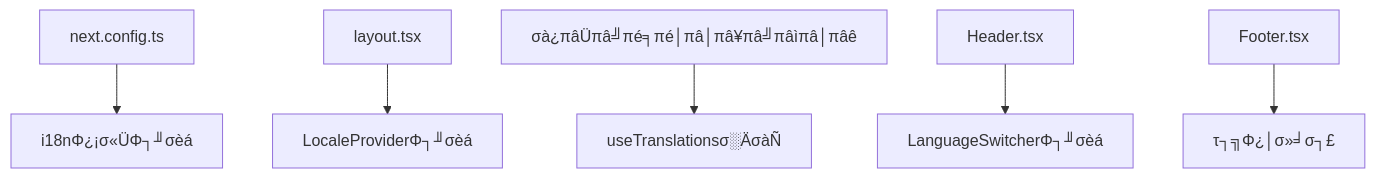
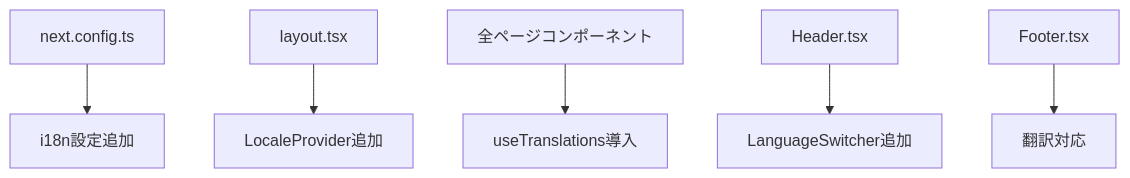
One commit to hidetoshihonda/airecorder changed the diagram in web/docs/多言語対応実装計画書.md. Above: the diagram before and after it, drawn with Mermaid. The commit also changed other lines of this file and 4 other files, not shown here.

````diff
--- a/web/docs/多言語対応実装計画書.md
+++ b/web/docs/多言語対応実装計画書.md
@@ -152,8 +152,8 @@
 ```mermaid
 graph TD
-    A[next.config.ts] --> B[i18nΦ¿¡σ«ÜΦ┐╜σèá]
-    C[layout.tsx] --> D[LocaleProviderΦ┐╜σèá]
-    E[σà¿πâÜπâ╝πé╕πé│πâ│πâ¥πâ╝πâìπâ│πâê] --> F[useTranslationsσ░ÄσàÑ]
-    G[Header.tsx] --> H[LanguageSwitcherΦ┐╜σèá]
-    I[Footer.tsx] --> J[τ┐╗Φ¿│σ»╛σ┐£]
+    A[next.config.ts] --> B[i18n設定追加]
+    C[layout.tsx] --> D[LocaleProvider追加]
+    E[全ページコンポーネント] --> F[useTranslations導入]
+    G[Header.tsx] --> H[LanguageSwitcher追加]
+    I[Footer.tsx] --> J[翻訳対応]
 ```
````
